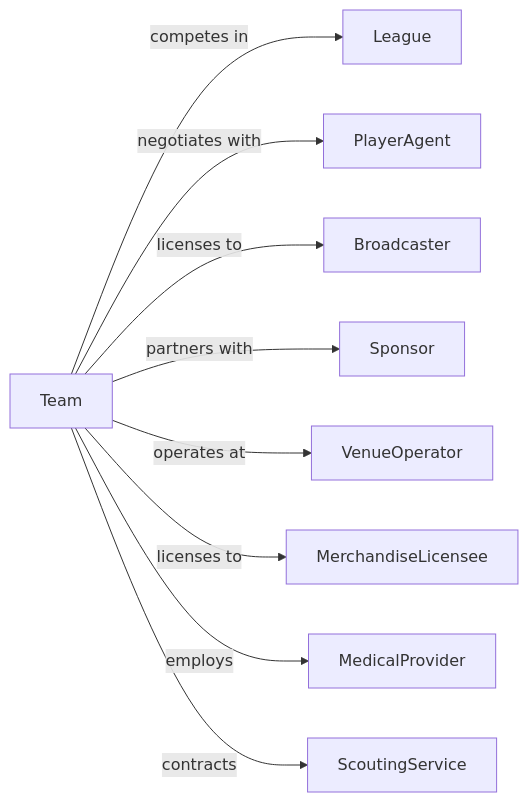
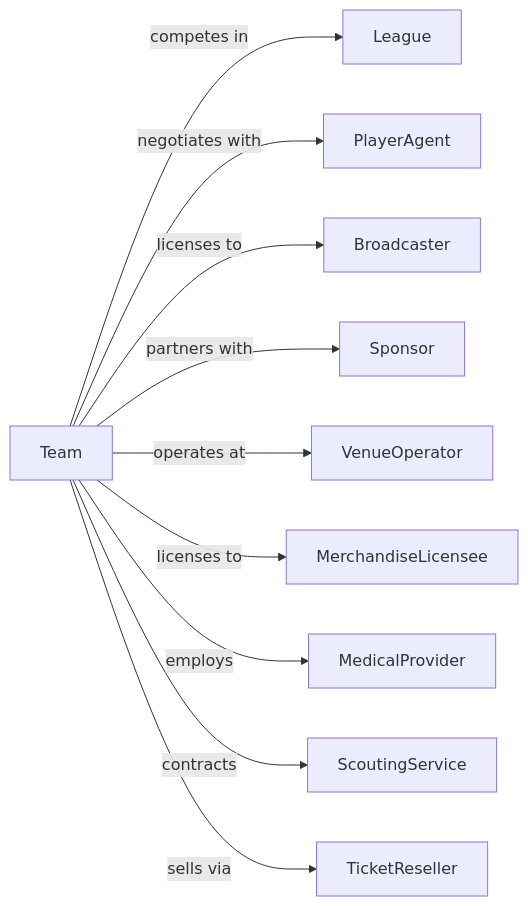
Before and after one commit to dot-org-ai/industries.org.ai: the second of 2 diagrams in Arts/PerformingArtsSpectatorSportsAndRelatedIndustries/SpectatorSports/SportsTeamsAndClubs.mdx, drawn with Mermaid. The commit also changed 588 other files, not shown here.

````diff
--- a/Arts/PerformingArtsSpectatorSportsAndRelatedIndustries/SpectatorSports/SportsTeamsAndClubs.mdx
+++ b/Arts/PerformingArtsSpectatorSportsAndRelatedIndustries/SpectatorSports/SportsTeamsAndClubs.mdx
@@ -132,13 +132,14 @@
 ```mermaid
 graph LR
     T[Team]
 
     T -->|competes in| League
     T -->|negotiates with| PlayerAgent
     T -->|licenses to| Broadcaster
     T -->|partners with| Sponsor
     T -->|operates at| VenueOperator
     T -->|licenses to| MerchandiseLicensee
     T -->|employs| MedicalProvider
     T -->|contracts| ScoutingService
+    T -->|sells via| TicketReseller
 ```
````
